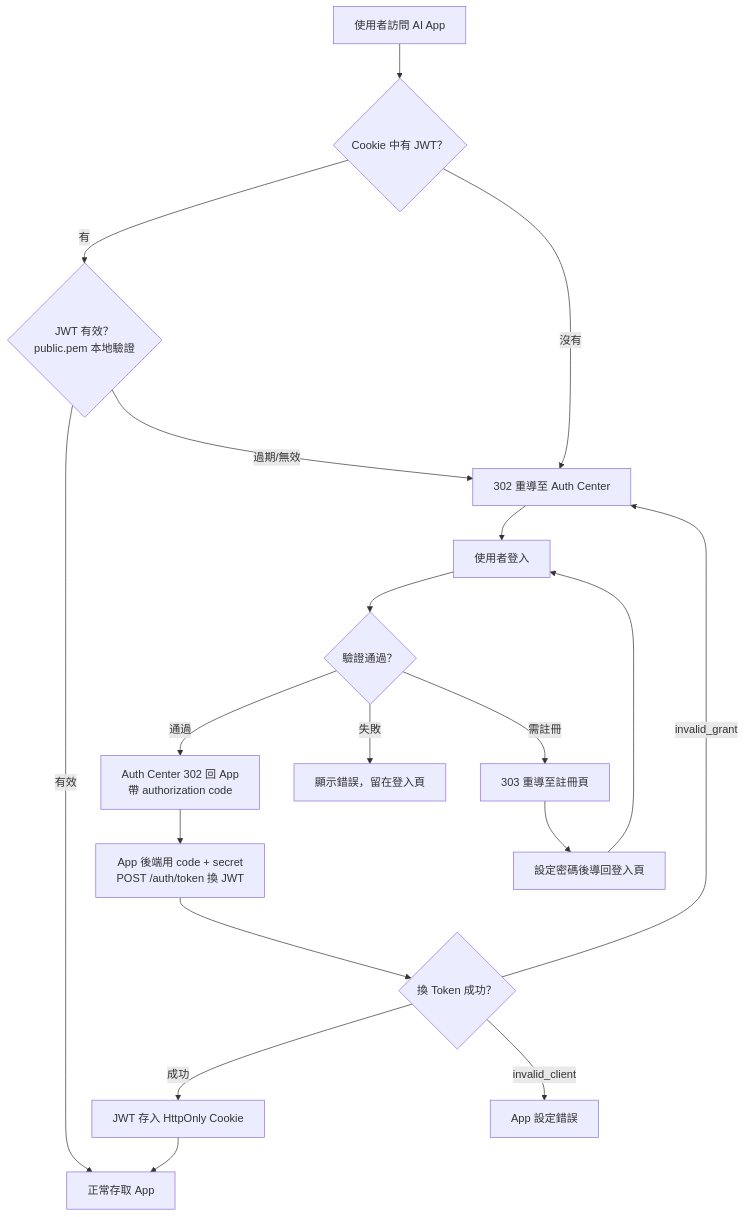
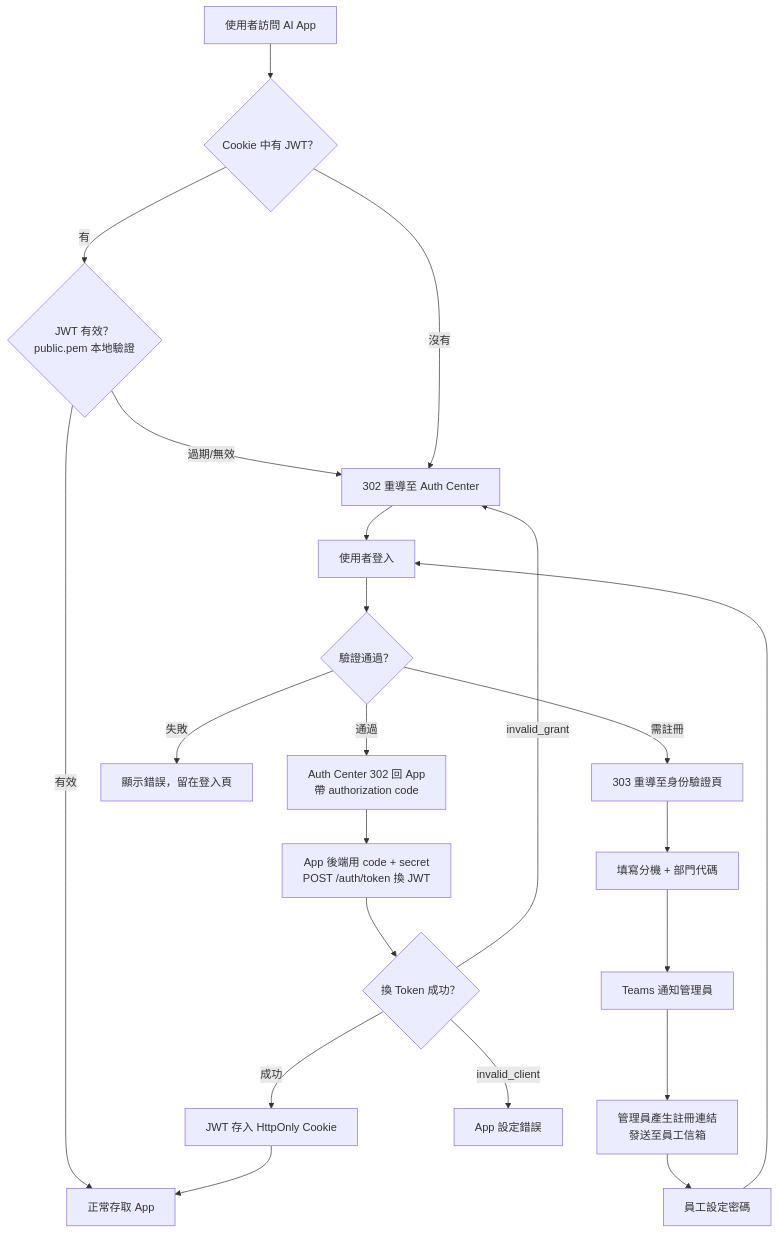
One commit to bwinken/authcenter changed the eighth of 8 diagrams in README.md. Above: the diagram before and after it, drawn with Mermaid. The commit also changed other lines of this file and 11 other files, not shown here.

````diff
--- a/README.md
+++ b/README.md
@@ -651,25 +676,28 @@
 ```mermaid
 flowchart TD
     A[使用者訪問 AI App] --> B{Cookie 中有 JWT？}
 
     B -- 有 --> C{JWT 有效？<br/>public.pem 本地驗證}
     C -- 有效 --> D[正常存取 App]
     C -- 過期/無效 --> E
 
     B -- 沒有 --> E[302 重導至 Auth Center]
     E --> F[使用者登入]
     F --> G{驗證通過？}
 
     G -- 通過 --> H[Auth Center 302 回 App<br/>帶 authorization code]
     G -- 失敗 --> I[顯示錯誤，留在登入頁]
-    G -- 需註冊 --> J[303 重導至註冊頁]
-    J --> K[設定密碼後導回登入頁]
-    K --> F
+    G -- 需註冊 --> J[303 重導至身份驗證頁]
+    J --> K[填寫分機 + 部門代碼]
+    K --> L2[Teams 通知管理員]
+    L2 --> L3[管理員產生註冊連結<br/>發送至員工信箱]
+    L3 --> L4[員工設定密碼]
+    L4 --> F
 
     H --> L[App 後端用 code + secret<br/>POST /auth/token 換 JWT]
     L --> M{換 Token 成功？}
     M -- 成功 --> N[JWT 存入 HttpOnly Cookie]
     N --> D
     M -- invalid_grant --> E
     M -- invalid_client --> O[App 設定錯誤]
 ```
````
